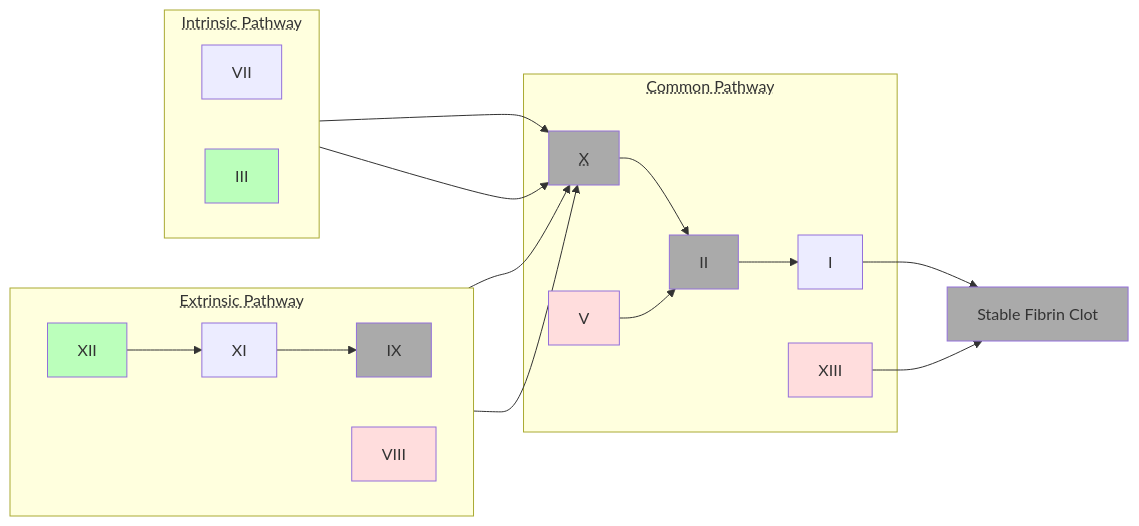
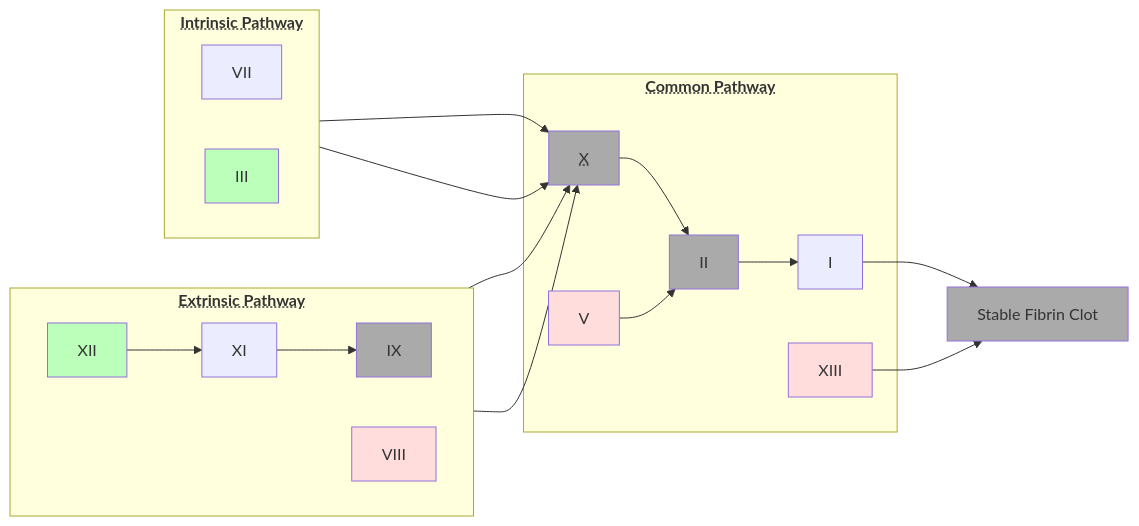
The diagram in Y3S2 SBMS2106 Pharmacology and Toxicology/Lecture 7.2 - (Vascular Pharmacology) Thrombosis Drugs.md (catskin0106/BiomedStuff), drawn with Mermaid before and after one commit. The commit also changed other lines of this file, not shown here.

````diff
--- a/Y3S2 SBMS2106 Pharmacology and Toxicology/Lecture 7.2 - (Vascular Pharmacology) Thrombosis Drugs.md
+++ b/Y3S2 SBMS2106 Pharmacology and Toxicology/Lecture 7.2 - (Vascular Pharmacology) Thrombosis Drugs.md
@@ -29,30 +26,30 @@
 ```mermaid
 flowchart LR
 classDef Ca fill:#aaa
 classDef Thrombin fill:#fdd
 classDef Start fill:#bfb
-    subgraph box1 [<abbr Title="7+3=10">Extrinsic Pathway</abbr>]
+    subgraph box1 [<b><abbr Title="7+3=10">Extrinsic Pathway</abbr>]
 		direction LR
 		XII:::Start-->XI
 		XI-->IX:::Ca
 		VIII:::Thrombin
     end
-    subgraph box2 [<abbr Title="12 to 8 without 10">Intrinsic Pathway</abbr>]
+    subgraph box2 [<b><abbr Title="12 to 8 without 10">Intrinsic Pathway</abbr>]
 	    direction RL
 	    VII
 	    III:::Start
     end
-    subgraph box3 [<abbr Title="10=5*2*1 plus 13">Common Pathway</abbr>]
+    subgraph box3 [<b><abbr Title="10=5*2*1 plus 13">Common Pathway</abbr>]
 	    X["<abbr Title="Needs either 3+7 or 8+9">X</abbr>"]:::Ca-->II
 	    V:::Thrombin-->II:::Ca
 	    II-->I
 	    I
 	    XIII:::Thrombin
     end
     I-->final["Stable Fibrin Clot"]:::Ca
 	XIII-->final
     III-->X
     VII-->X
     VIII-->X
     IX-->X
 ```
````
